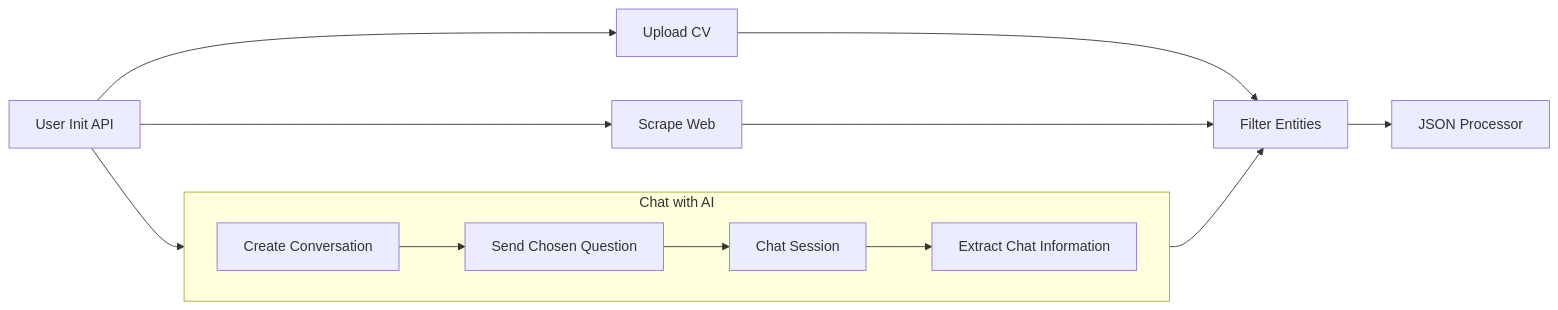
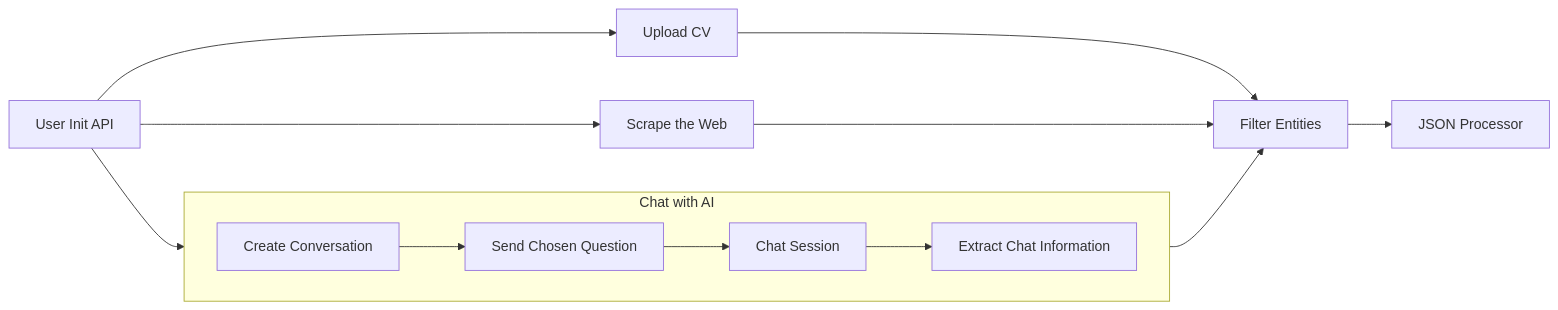
One commit to KarreraAI/knowledge-base changed the first of 2 diagrams in docs/Personal-AI-APIs.md. Above: the diagram before and after it, drawn with Mermaid. The commit also changed other lines of this file, not shown here.

````diff
--- a/docs/Personal-AI-APIs.md
+++ b/docs/Personal-AI-APIs.md
@@ -12,26 +12,26 @@
 ```mermaid
 graph LR
     A[User Init API]
     B[Upload CV]
-    C[Scrape Web]
+    C[Scrape the Web]
     subgraph Chat with AI
         direction LR
         D1[Create Conversation]
         D2[Send Chosen Question]
         D3[Chat Session]
         D4[Extract Chat Information]
     end
     E[Filter Entities]
     F[JSON Processor]
    
     A --> B
     A --> C
     A --> D1
     D1 --> D2
     D2 --> D3
     D3 --> D4
     B --> E
     C --> E
     D4 --> E
     E --> F
 ```
````
